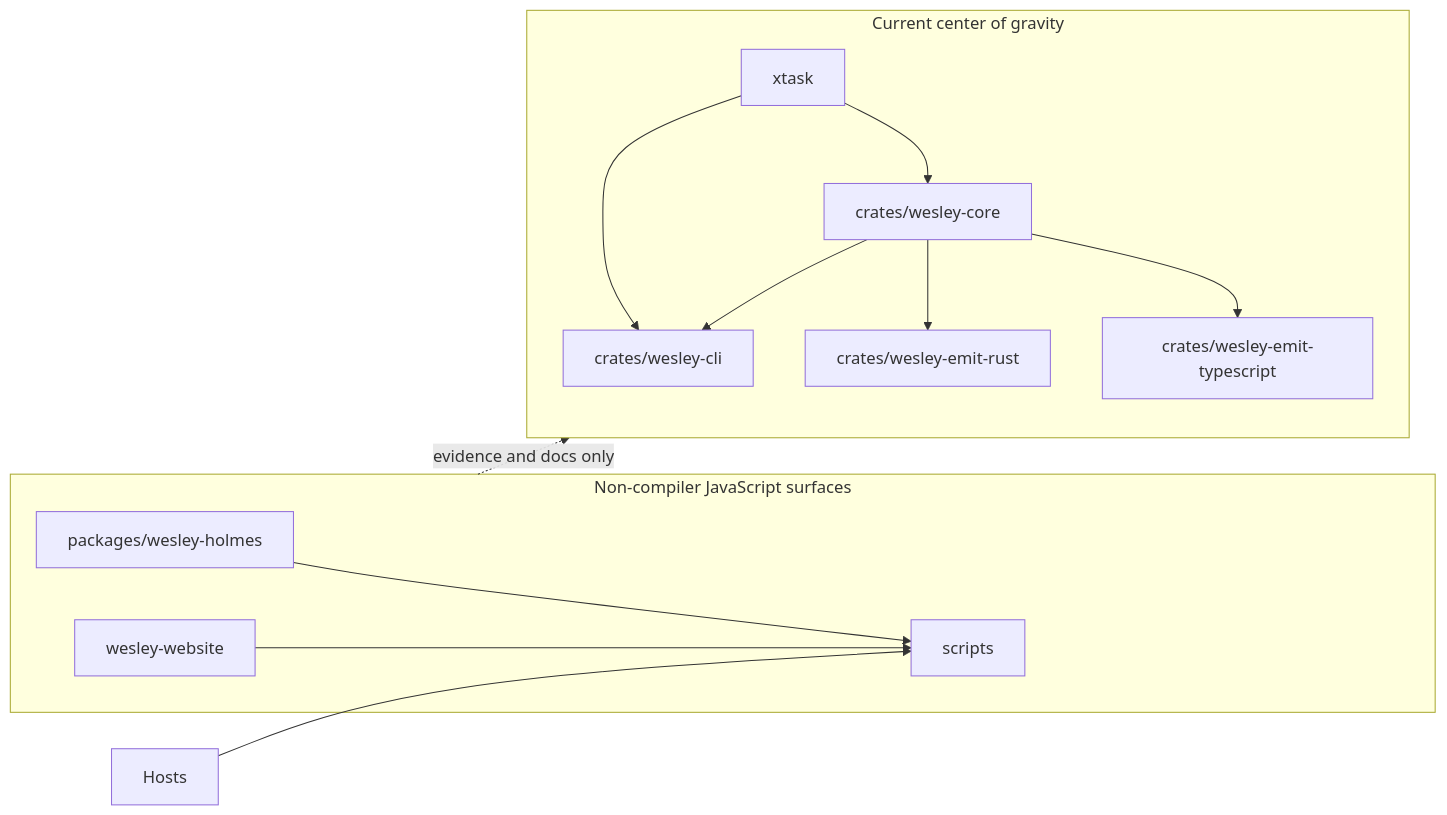
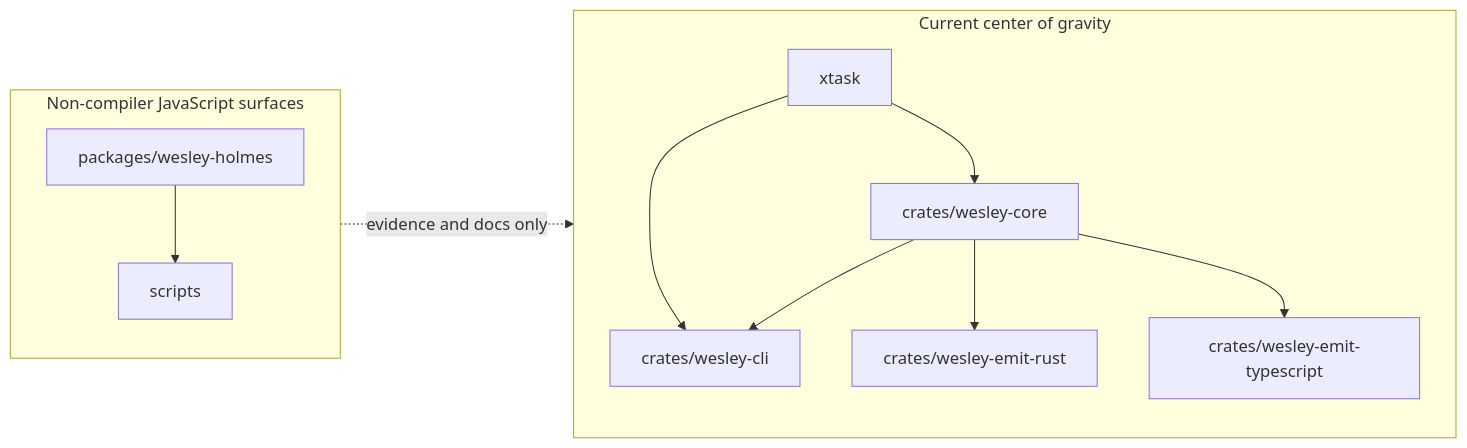
One commit to flyingrobots/wesley changed the fifth of 24 diagrams in docs/END_TO_END.md. Above: the diagram before and after it, drawn with Mermaid. The commit also changed other lines of this file and 70 other files, not shown here.

````diff
--- a/docs/END_TO_END.md
+++ b/docs/END_TO_END.md
@@ -207,27 +208,24 @@
 ```mermaid
 flowchart LR
     subgraph CurrentCenter["Current center of gravity"]
         Core[crates/wesley-core]
         Cli[crates/wesley-cli]
         EmitRust[crates/wesley-emit-rust]
         EmitTS[crates/wesley-emit-typescript]
         Xtask[xtask]
     end
 
     subgraph NonCompilerJS["Non-compiler JavaScript surfaces"]
         Holmes[packages/wesley-holmes]
-        Website[wesley-website]
         Tooling[scripts]
     end
 
     Core --> Cli
     Core --> EmitRust
     Core --> EmitTS
     Xtask --> Core
     Xtask --> Cli
     Holmes --> Tooling
-    Hosts --> Tooling
-    Website --> Tooling
 
     NonCompilerJS -. evidence and docs only .-> CurrentCenter
 ```
````
